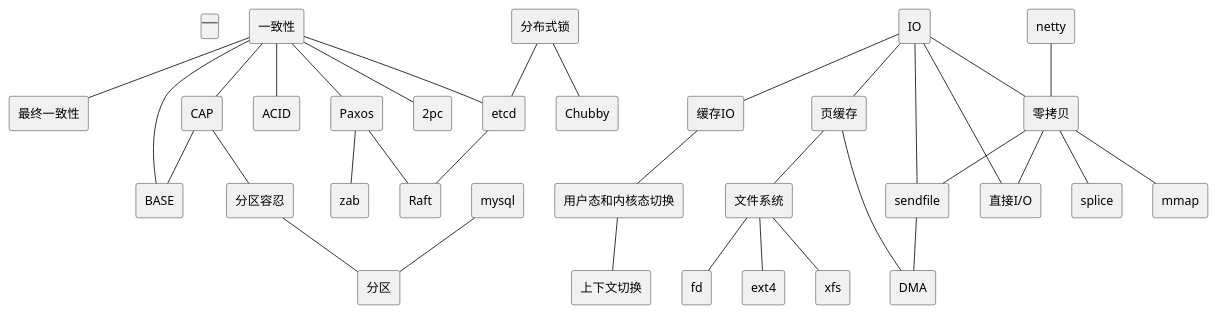
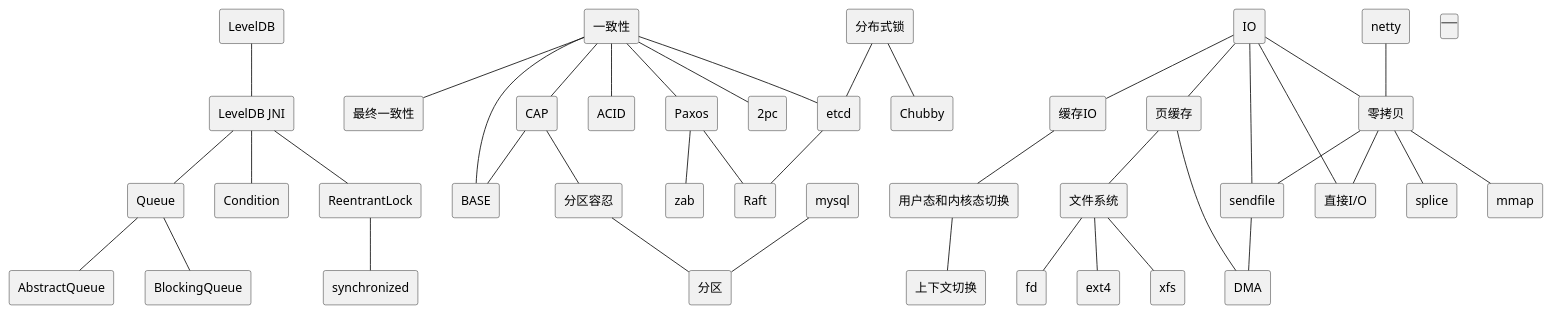
One commit to wiloon/blog changed the diagram in content/post/archive-1/2015-08-06-dev.md. Above: the diagram before and after it, drawn with PlantUML. The commit also changed 12 other files, not shown here.

````diff
--- a/content/post/archive-1/2015-08-06-dev.md
+++ b/content/post/archive-1/2015-08-06-dev.md
@@ -93,8 +93,23 @@
 ```puml
 @startuml
 skinparam componentStyle rectangle
-[---]
- 
+
+[LevelDB] as leveldb
+[LevelDB JNI] as leveldb_jni
+leveldb--leveldb_jni
+[Queue] as queue
+leveldb_jni--queue
+[AbstractQueue] 
+queue--AbstractQueue
+[BlockingQueue]
+queue--BlockingQueue
+[Condition]
+leveldb_jni--Condition
+[ReentrantLock]
+leveldb_jni--ReentrantLock
+[synchronized]
+ReentrantLock--synchronized
+
 [一致性] as consistency
 [最终一致性] as eventual_consistency
 [CAP] as cap
````
